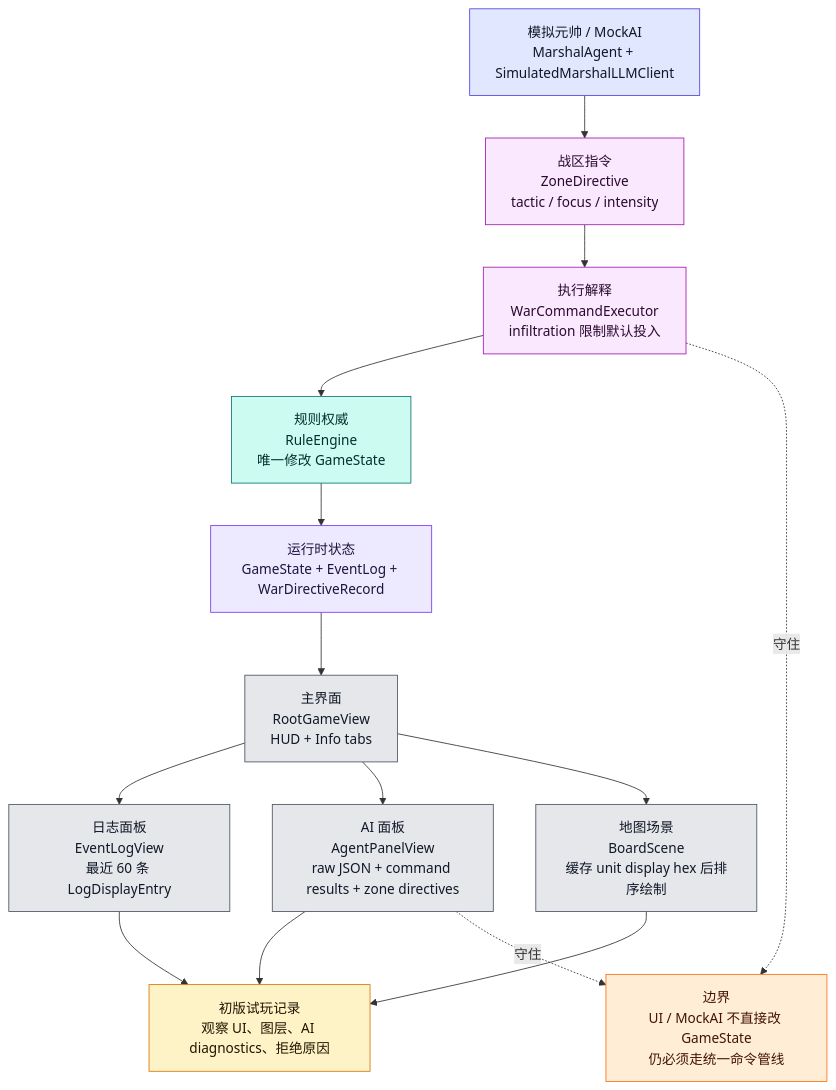
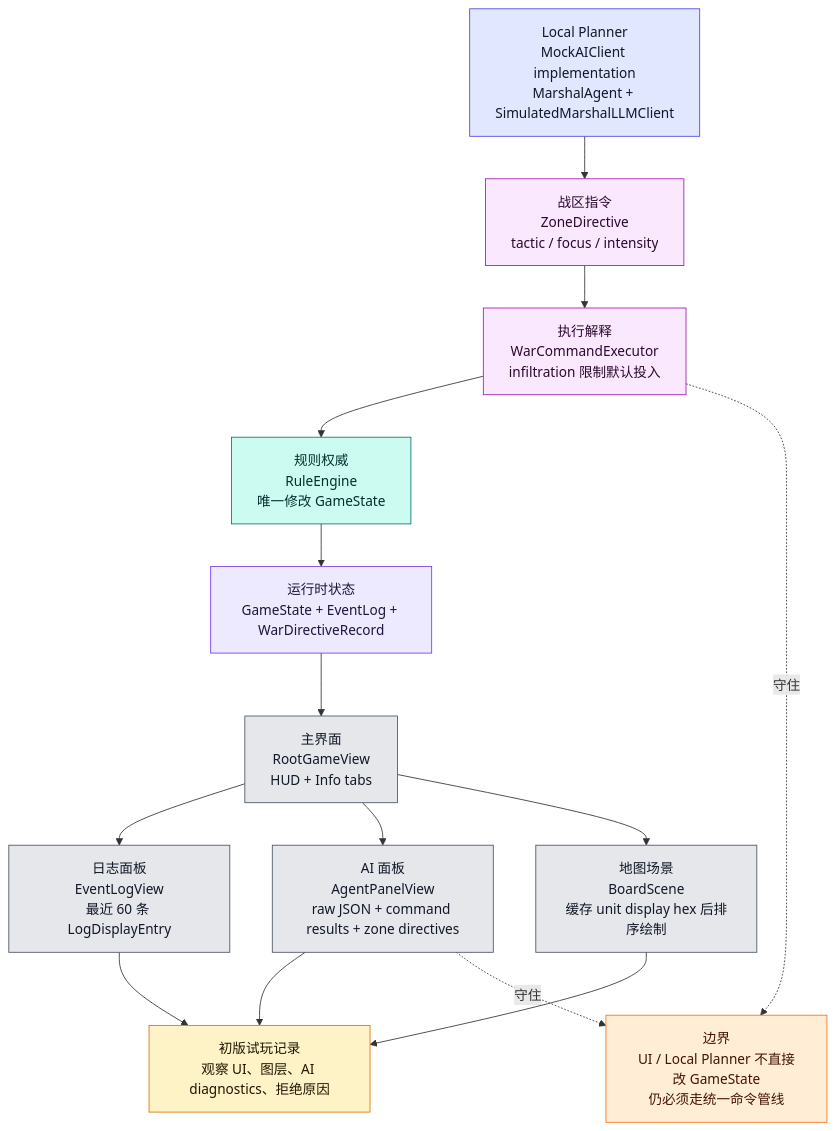
Before and after one commit to Altman-sam114/127: diagram 19 of 20 in md/flow/flowchart.md, drawn with Mermaid. The commit also changed other lines of this file and 6 other files, not shown here.

````diff
--- a/md/flow/flowchart.md
+++ b/md/flow/flowchart.md
@@ -732,34 +732,34 @@
 ```mermaid
 flowchart TD
     STATE["运行时状态<br/>GameState + EventLog + WarDirectiveRecord"]:::state
     ROOT["主界面<br/>RootGameView<br/>HUD + Info tabs"]:::ui
     LOG["日志面板<br/>EventLogView<br/>最近 60 条 LogDisplayEntry"]:::ui
     AIUI["AI 面板<br/>AgentPanelView<br/>raw JSON + command results + zone directives"]:::ui
     BOARD["地图场景<br/>BoardScene<br/>缓存 unit display hex 后排序绘制"]:::ui
-    MARSHAL["模拟元帅 / MockAI<br/>MarshalAgent + SimulatedMarshalLLMClient"]:::ai
+    MARSHAL["Local Planner<br/>MockAIClient implementation<br/>MarshalAgent + SimulatedMarshalLLMClient"]:::ai
     ZD["战区指令<br/>ZoneDirective<br/>tactic / focus / intensity"]:::command
     WCE["执行解释<br/>WarCommandExecutor<br/>infiltration 限制默认投入"]:::command
     RULE["规则权威<br/>RuleEngine<br/>唯一修改 GameState"]:::rules
     PLAYTEST["初版试玩记录<br/>观察 UI、图层、AI diagnostics、拒绝原因"]:::doc
 
     STATE --> ROOT
     ROOT --> LOG
     ROOT --> AIUI
     ROOT --> BOARD
     MARSHAL --> ZD --> WCE --> RULE --> STATE
     AIUI --> PLAYTEST
     LOG --> PLAYTEST
     BOARD --> PLAYTEST
 
-    WARN["边界<br/>UI / MockAI 不直接改 GameState<br/>仍必须走统一命令管线"]:::warn
+    WARN["边界<br/>UI / Local Planner 不直接改 GameState<br/>仍必须走统一命令管线"]:::warn
     AIUI -.守住.-> WARN
     WCE -.守住.-> WARN
 
     classDef state fill:#ede9fe,stroke:#7c3aed,color:#1f143d
     classDef ui fill:#e5e7eb,stroke:#4b5563,color:#111827
     classDef ai fill:#e0e7ff,stroke:#4f46e5,color:#111827
     classDef command fill:#fae8ff,stroke:#a21caf,color:#2a0a2f
     classDef rules fill:#ccfbf1,stroke:#0f766e,color:#042f2e
     classDef doc fill:#fef3c7,stroke:#d97706,color:#1f1600
     classDef warn fill:#ffedd5,stroke:#f97316,color:#431407
 ```
````
